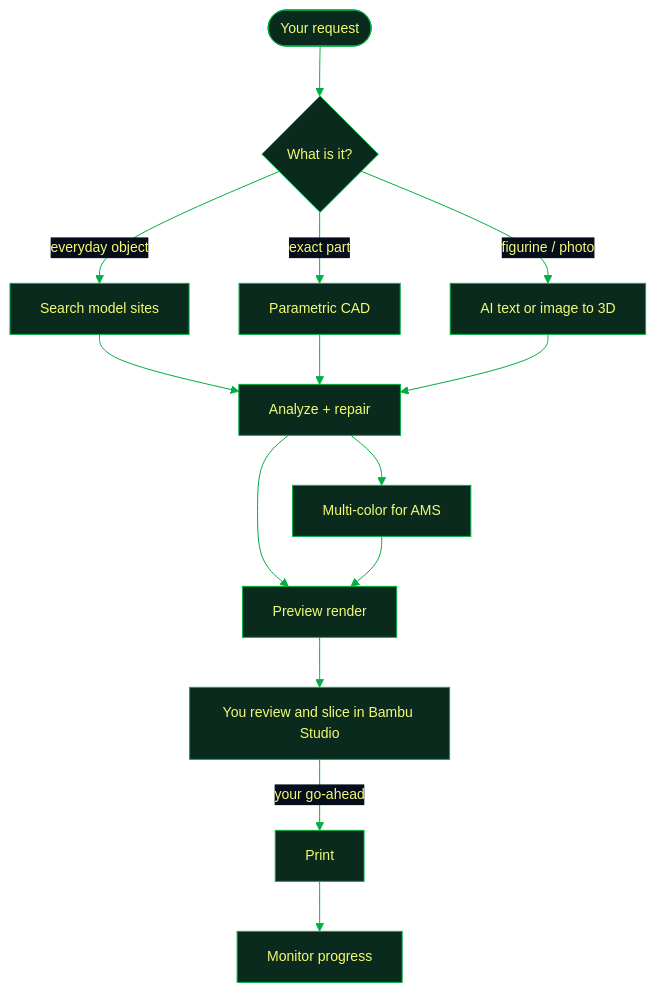
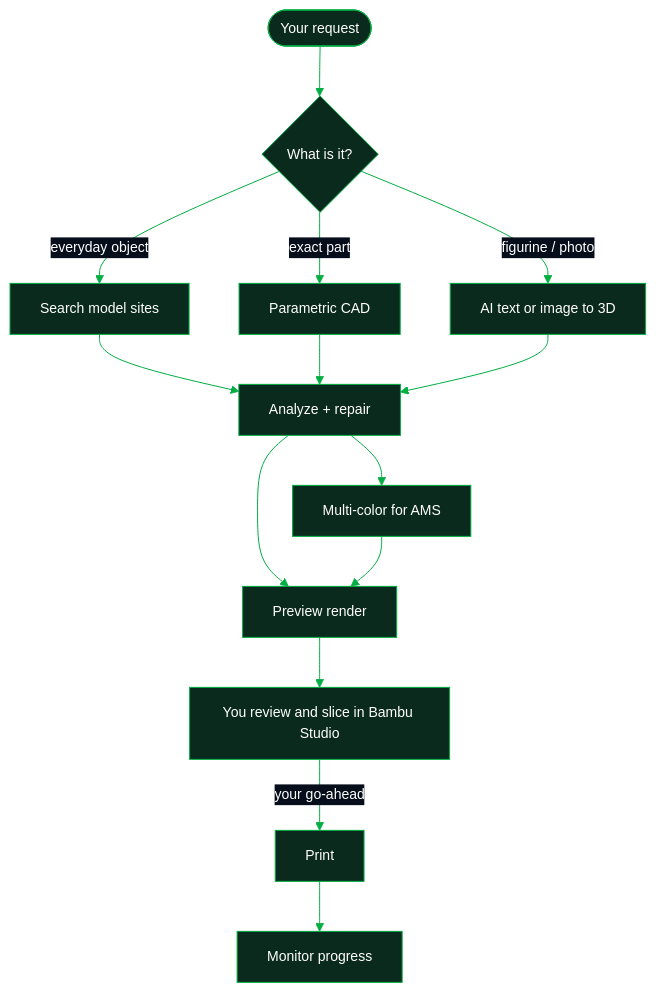
One commit to heyixuan2/bambu-studio-ai changed the diagram in README.md. Above: the diagram before and after it, drawn with Mermaid. The commit also changed other lines of this file and 2 other files, not shown here.

````diff
--- a/README.md
+++ b/README.md
@@ -191,17 +191,17 @@
 ```mermaid
-%%{init: {'theme':'base','themeVariables':{'primaryColor':'#0B2A1E','primaryTextColor':'#F2FC75','primaryBorderColor':'#00AE42','lineColor':'#00AE42','secondaryColor':'#060E1B','tertiaryColor':'#0B2A1E','tertiaryTextColor':'#FFFFFF','edgeLabelBackground':'#060E1B','fontSize':'14px'}}}%%
+%%{init: {'theme':'base','themeVariables':{'primaryColor':'#0B2A1E','primaryTextColor':'#FFFFFF','primaryBorderColor':'#00AE42','lineColor':'#00AE42','secondaryColor':'#060E1B','tertiaryColor':'#0B2A1E','tertiaryTextColor':'#FFFFFF','edgeLabelBackground':'#060E1B','fontSize':'14px'}}}%%
 flowchart TD
     R([Your request]) --> S{What is it?}
     S -->|everyday object| A[Search model sites]
     S -->|exact part| B[Parametric CAD]
     S -->|figurine / photo| C[AI text or image to 3D]
     A --> D[Analyze + repair]
     B --> D
     C --> D
     D --> E[Multi-color for AMS]
     D --> F[Preview render]
     E --> F
     F --> G[You review and slice in Bambu Studio]
     G -->|your go-ahead| H[Print]
     H --> I[Monitor progress]
 ```
````
